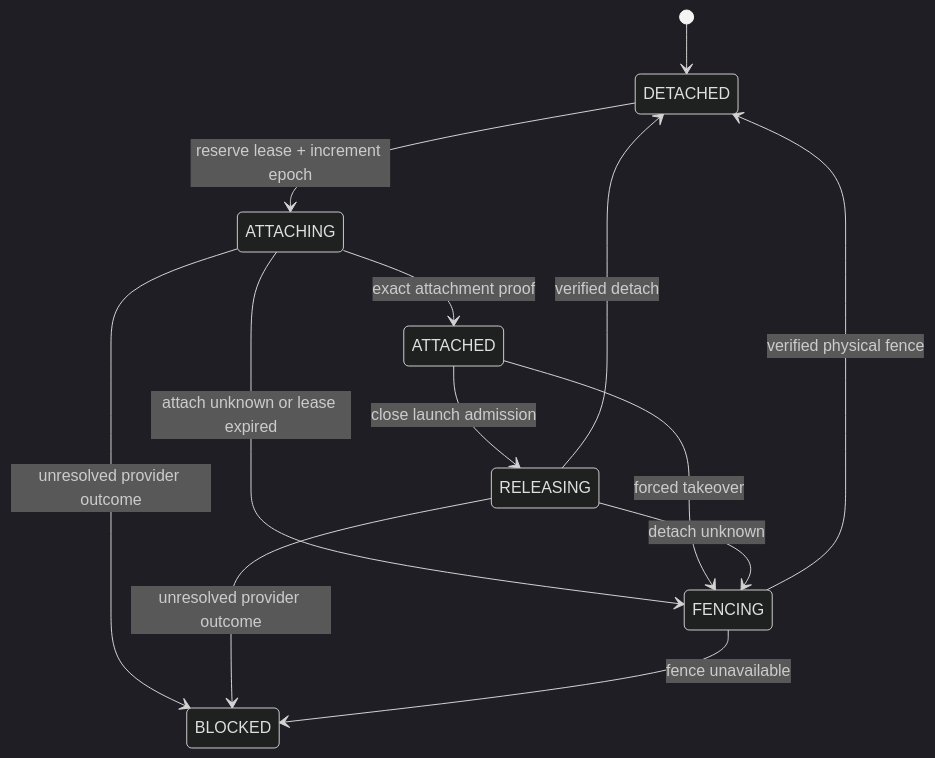
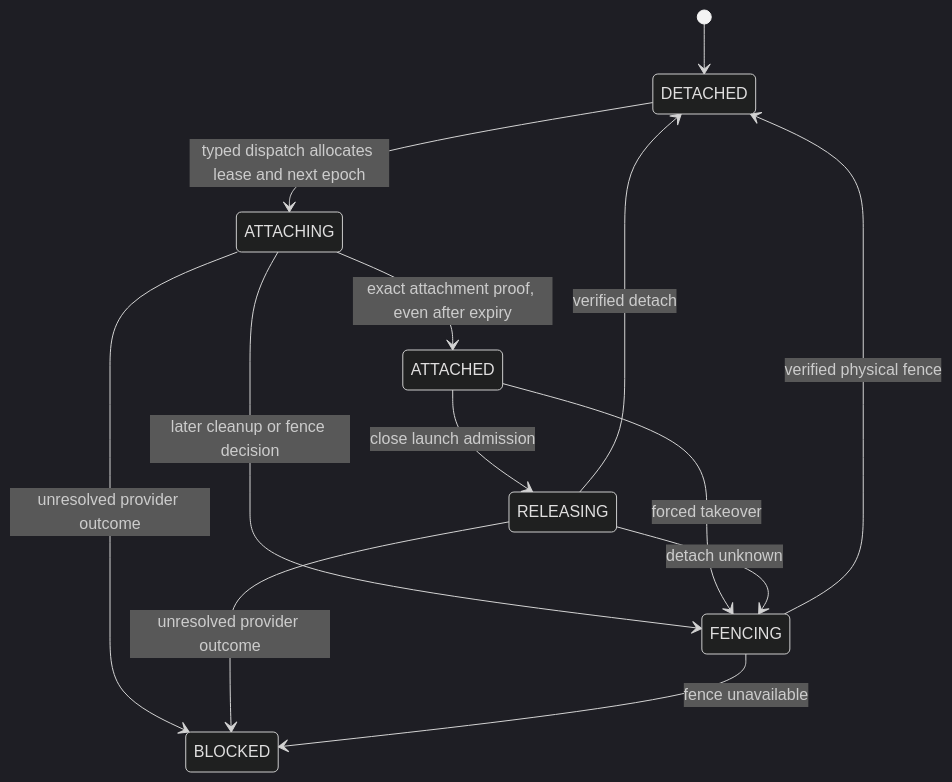
The diagram in docs/architecture/session-runtime-authority.md (cha-op/portable-codex-runtime), drawn with Mermaid (dark theme) before and after one commit. The commit also changed other lines of this file and 12 other files, not shown here.

First line of the commit message:
Implement writer lease attachment authority (#18)

````diff
--- a/docs/architecture/session-runtime-authority.md
+++ b/docs/architecture/session-runtime-authority.md
@@ -331,15 +408,15 @@
 ```mermaid
 stateDiagram-v2
   [*] --> DETACHED
-  DETACHED --> ATTACHING: reserve lease + increment epoch
-  ATTACHING --> ATTACHED: exact attachment proof
+  DETACHED --> ATTACHING: typed dispatch allocates lease and next epoch
+  ATTACHING --> ATTACHED: exact attachment proof, even after expiry
   ATTACHED --> RELEASING: close launch admission
   RELEASING --> DETACHED: verified detach
-  ATTACHING --> FENCING: attach unknown or lease expired
+  ATTACHING --> FENCING: later cleanup or fence decision
   ATTACHED --> FENCING: forced takeover
   RELEASING --> FENCING: detach unknown
   FENCING --> DETACHED: verified physical fence
   ATTACHING --> BLOCKED: unresolved provider outcome
   RELEASING --> BLOCKED: unresolved provider outcome
   FENCING --> BLOCKED: fence unavailable
 ```
````
